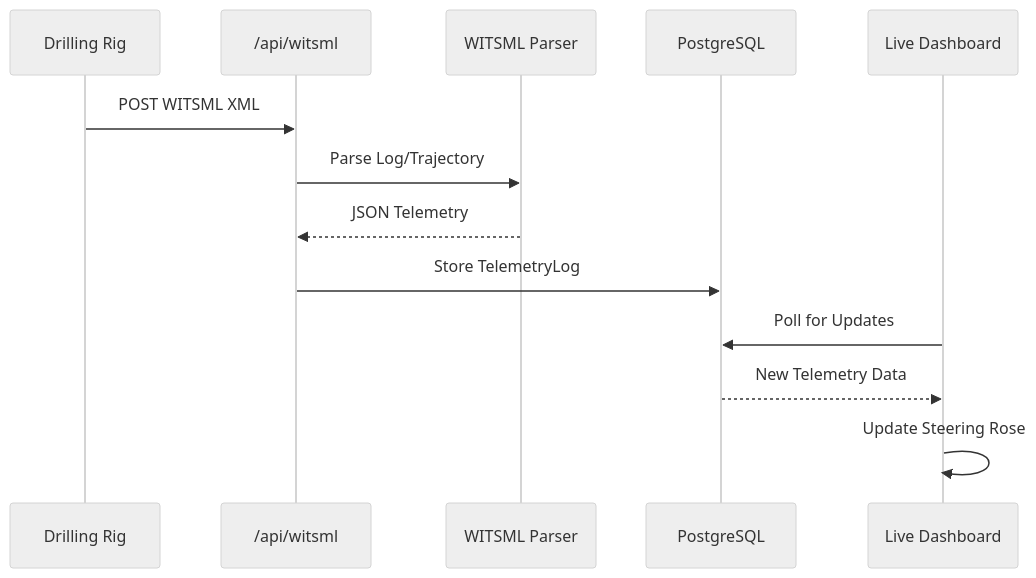
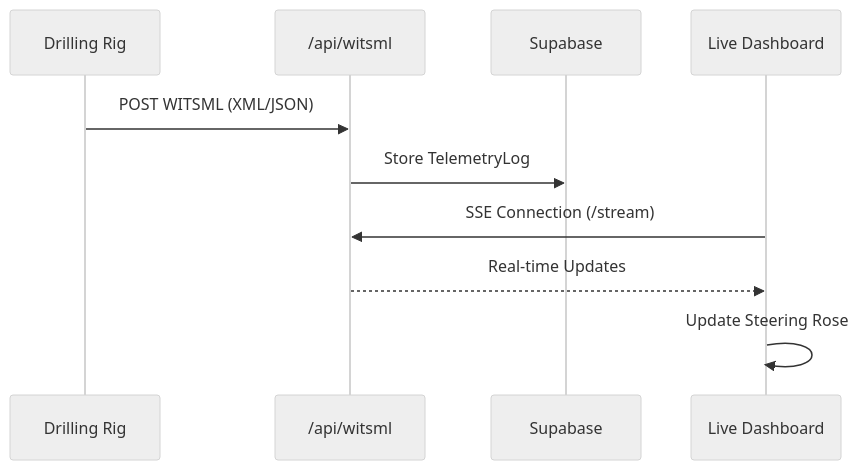
The second of 2 diagrams in README.md (nice-and-precise/MU), drawn with Mermaid (neutral theme) before and after one commit. The commit also changed other lines of this file and 83 other files, not shown here.

````diff
--- a/README.md
+++ b/README.md
@@ -49,16 +47,13 @@
 ```mermaid
 sequenceDiagram
     participant Rig as Drilling Rig
     participant API as /api/witsml
-    participant Parser as WITSML Parser
-    participant DB as PostgreSQL
+    participant DB as Supabase
     participant UI as Live Dashboard
     
-    Rig->>API: POST WITSML XML
-    API->>Parser: Parse Log/Trajectory
-    Parser-->>API: JSON Telemetry
+    Rig->>API: POST WITSML (XML/JSON)
     API->>DB: Store TelemetryLog
-    UI->>DB: Poll for Updates
-    DB-->>UI: New Telemetry Data
+    UI->>API: SSE Connection (/stream)
+    API-->>UI: Real-time Updates
     UI->>UI: Update Steering Rose
 ```
````
